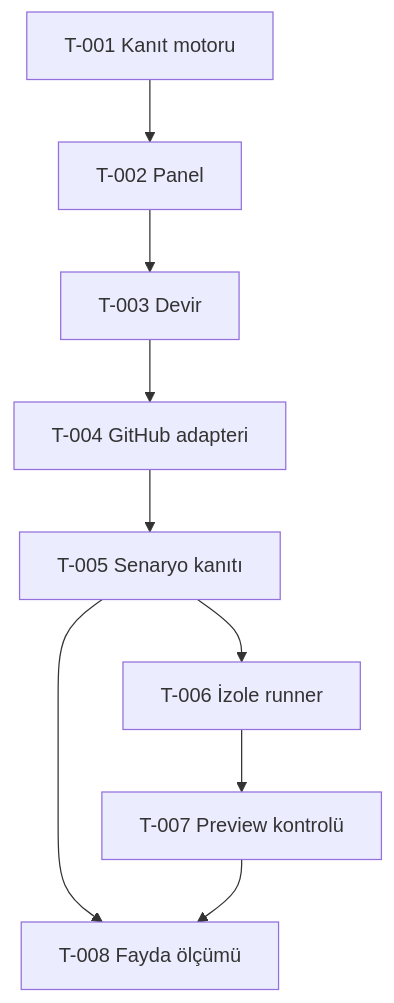
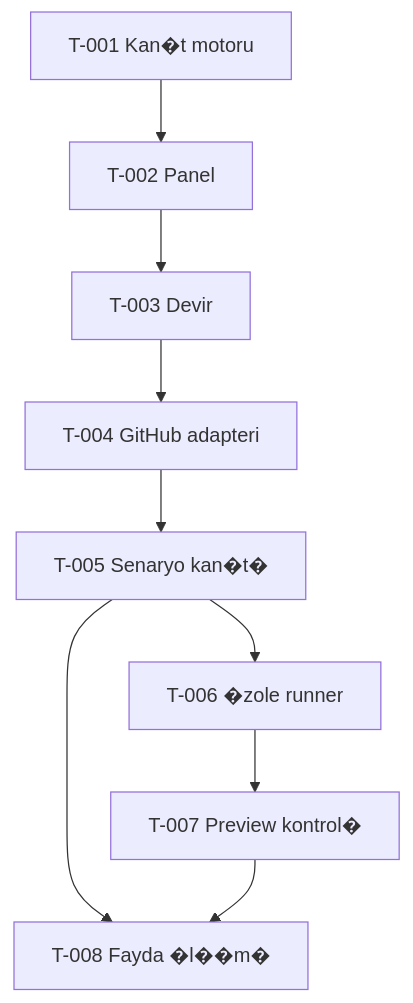
Before and after one commit to gumustasas/task-proof-control: the diagram in TASKS.md, drawn with Mermaid. The commit also changed other lines of this file and 9 other files, not shown here.

````diff
--- a/TASKS.md
+++ b/TASKS.md
@@ -25,11 +29,11 @@
 ```mermaid
 flowchart TD
-  A["T-001 Kanıt motoru"] --> B["T-002 Panel"]
+  A["T-001 Kan�t motoru"] --> B["T-002 Panel"]
   B --> C["T-003 Devir"]
   C --> D["T-004 GitHub adapteri"]
-  D --> E["T-005 Senaryo kanıtı"]
-  E --> F["T-006 İzole runner"]
-  F --> G["T-007 Preview kontrolü"]
-  E --> H["T-008 Fayda ölçümü"]
+  D --> E["T-005 Senaryo kan�t�"]
+  E --> F["T-006 �zole runner"]
+  F --> G["T-007 Preview kontrol�"]
+  E --> H["T-008 Fayda �l��m�"]
   G --> H
 ```
````
